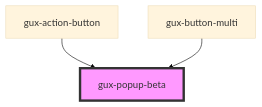
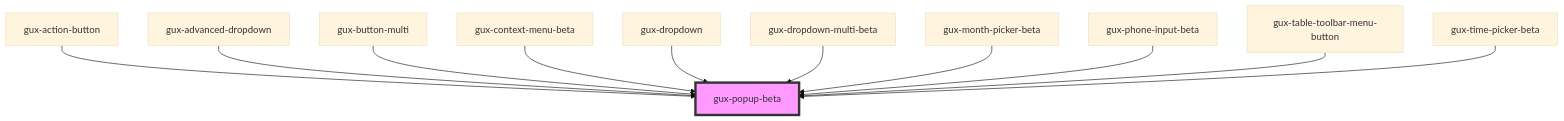
One commit to MyPureCloud/genesys-spark changed the diagram in src/components/beta/gux-popup-beta/readme.md. Above: the diagram before and after it, drawn with Mermaid (base theme). The commit also changed other lines of this file and 36 other files, not shown here.

First line of the commit message:
feat(gux-popup-beta): replace gux-popup with gux-popup-beta in components (#1145)

````diff
--- a/src/components/beta/gux-popup-beta/readme.md
+++ b/src/components/beta/gux-popup-beta/readme.md
@@ -40,6 +48,14 @@
 ```mermaid
 graph TD;
   gux-action-button --> gux-popup-beta
+  gux-advanced-dropdown --> gux-popup-beta
   gux-button-multi --> gux-popup-beta
+  gux-context-menu-beta --> gux-popup-beta
+  gux-dropdown --> gux-popup-beta
+  gux-dropdown-multi-beta --> gux-popup-beta
+  gux-month-picker-beta --> gux-popup-beta
+  gux-phone-input-beta --> gux-popup-beta
+  gux-table-toolbar-menu-button --> gux-popup-beta
+  gux-time-picker-beta --> gux-popup-beta
   style gux-popup-beta fill:#f9f,stroke:#333,stroke-width:4px
 ```
````
